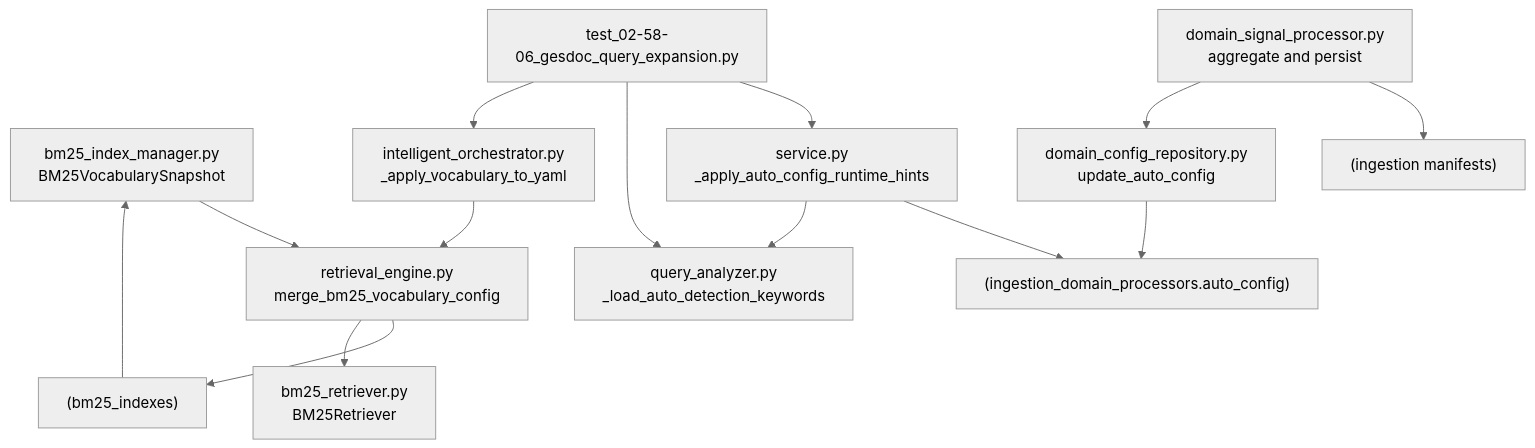
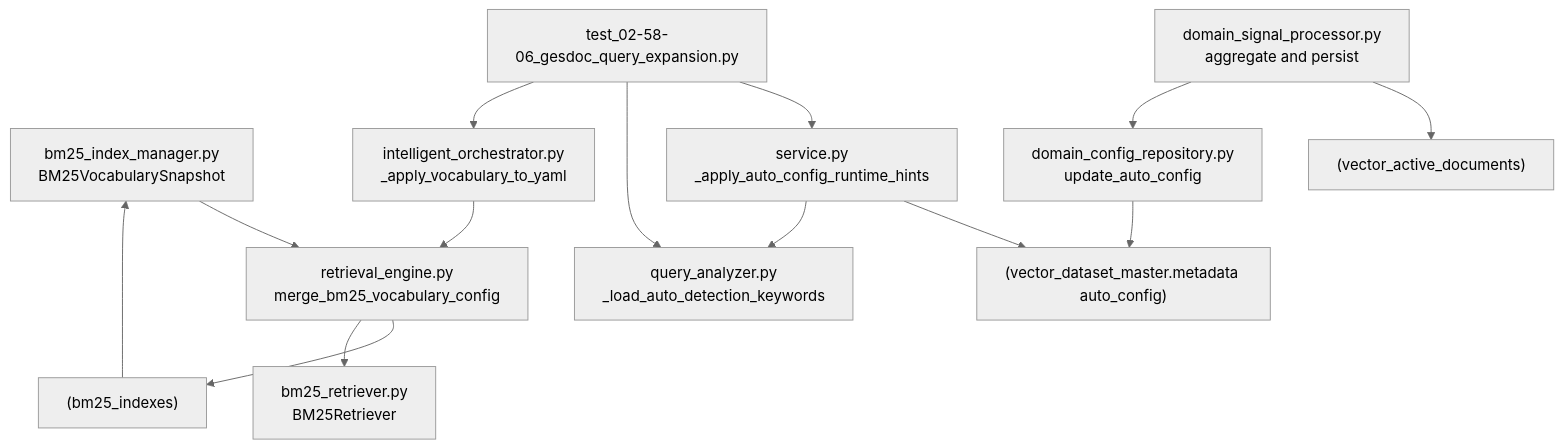
One commit to mrctito/plataforma_agentes_negocio_docs changed the diagram in assets/diagrams/docs-tutorial-101-bm25-vs-auto-config-dnit-diagrama-04.mmd. Above: the diagram before and after it, drawn with Mermaid (neutral theme). The commit also changed 60 other files, not shown here.

```diff
--- a/assets/diagrams/docs-tutorial-101-bm25-vs-auto-config-dnit-diagrama-04.mmd
+++ b/assets/diagrams/docs-tutorial-101-bm25-vs-auto-config-dnit-diagrama-04.mmd
@@ -1,27 +1,27 @@
 flowchart TB
     C1["bm25_retriever.py\nBM25Retriever"]
     C2["bm25_index_manager.py\nBM25VocabularySnapshot"]
     C3["retrieval_engine.py\nmerge_bm25_vocabulary_config"]
     C4["service.py\n_apply_auto_config_runtime_hints"]
     C5["query_analyzer.py\n_load_auto_detection_keywords"]
     C6["intelligent_orchestrator.py\n_apply_vocabulary_to_yaml"]
     C7["domain_config_repository.py\nupdate_auto_config"]
     C8["domain_signal_processor.py\naggregate and persist"]
     D1["(bm25_indexes)"]
-    D2["(ingestion_domain_processors.auto_config)"]
-    D3["(ingestion manifests)"]
+    D2["(vector_dataset_master.metadata auto_config)"]
+    D3["(vector_active_documents)"]
     T1["test_02-58-06_gesdoc_query_expansion.py"]
 
     C8 --> D3
     C8 --> C7
     C7 --> D2
     C4 --> D2
     C4 --> C5
     C3 --> D1
     D1 --> C2
     C2 --> C3
     C3 --> C1
     C6 --> C3
     T1 --> C4
     T1 --> C5
     T1 --> C6
```
